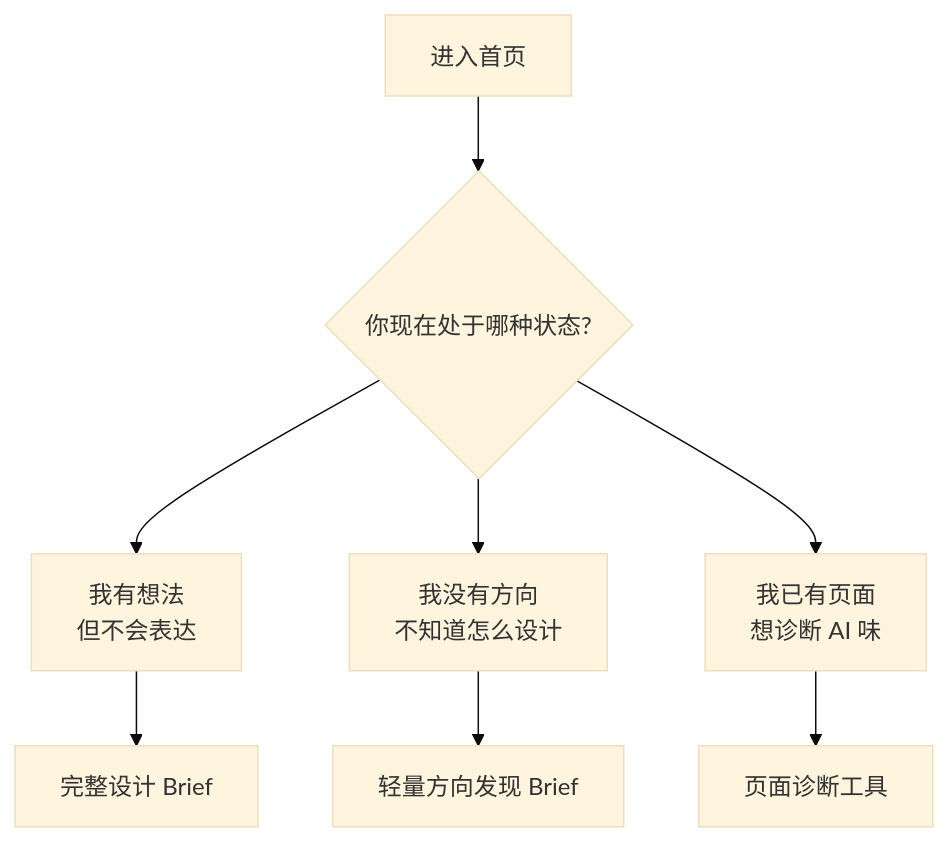
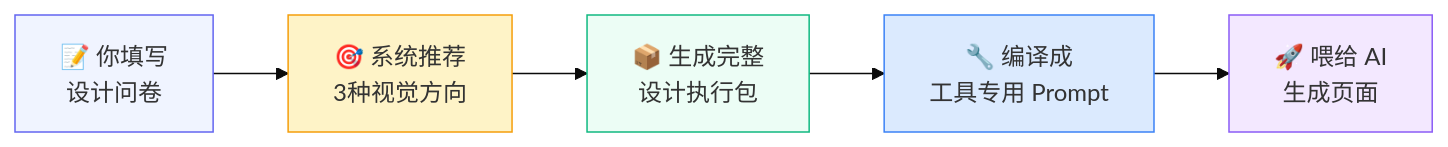
One commit to liuanye9-lab/vibe-design-translator changed the fifth of 17 diagrams in README.md. Above: the diagram before and after it, drawn with Mermaid (base theme). The commit also changed other lines of this file, not shown here.

````diff
--- a/README.md
+++ b/README.md
@@ -190,10 +119,13 @@
 ```mermaid
-flowchart TD
-    A[进入首页] --> B{你现在处于哪种状态?}
-    B --> C[我有想法<br/>但不会表达]
-    B --> D[我没有方向<br/>不知道怎么设计]
-    B --> E[我已有页面<br/>想诊断 AI 味]
-    C --> F[完整设计 Brief]
-    D --> G[轻量方向发现 Brief]
-    E --> H[页面诊断工具]
+graph LR
+    A["📝 你填写<br/>设计问卷"] --> B["🎯 系统推荐<br/>3种视觉方向"]
+    B --> C["📦 生成完整<br/>设计执行包"]
+    C --> D["🔧 编译成<br/>工具专用 Prompt"]
+    D --> E["🚀 喂给 AI<br/>生成页面"]
+    
+    style A fill:#f0f4ff,stroke:#6366f1
+    style B fill:#fef3c7,stroke:#f59e0b
+    style C fill:#ecfdf5,stroke:#10b981
+    style D fill:#dbeafe,stroke:#3b82f6
+    style E fill:#f3e8ff,stroke:#8b5cf6
 ```
````
